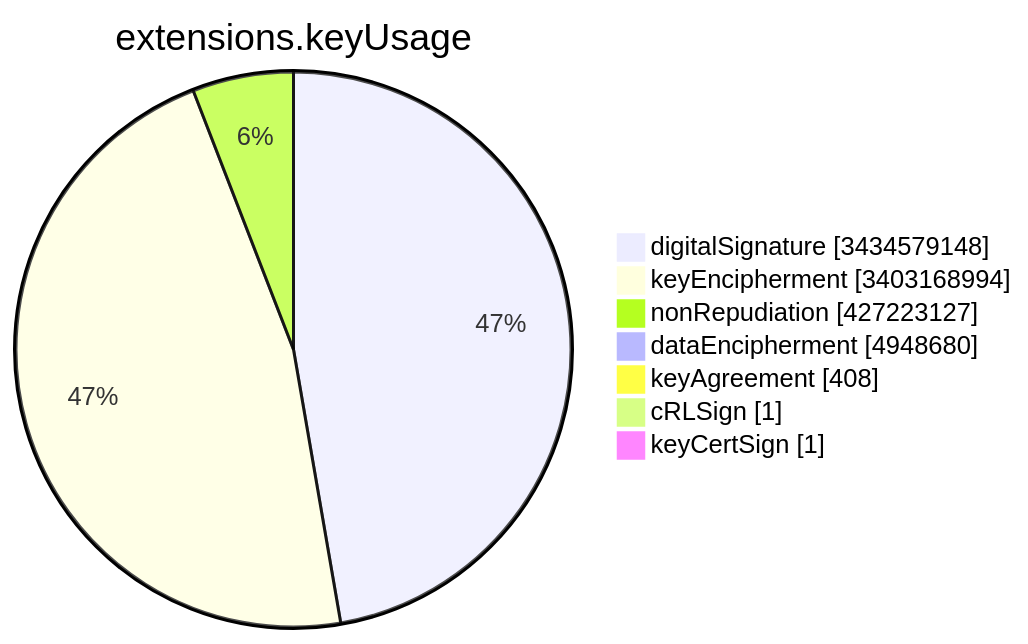
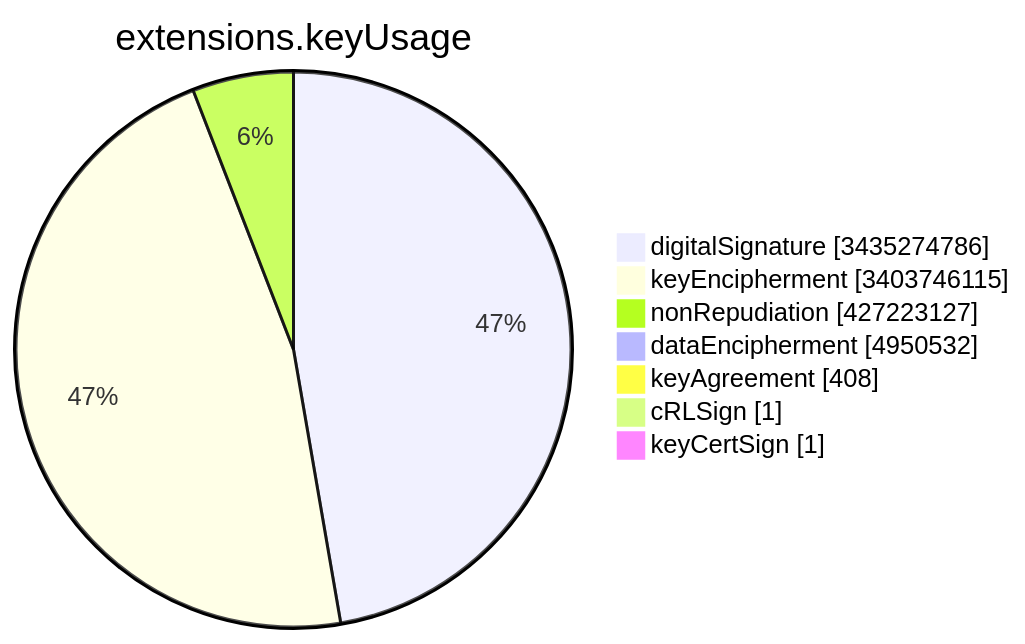
Before and after one commit to christiankrug/ctmonitor_visualization: the sixth of 15 diagrams in TOTAL/README.md, drawn with Mermaid. The commit also changed other lines of this file, not shown here.

````diff
--- a/TOTAL/README.md
+++ b/TOTAL/README.md
@@ -3081,11 +3081,11 @@
 ```mermaid
 pie showData
 title extensions.keyUsage
-"digitalSignature" :3434579148
-"keyEncipherment" :3403168994
+"digitalSignature" :3435274786
+"keyEncipherment" :3403746115
 "nonRepudiation" :427223127
-"dataEncipherment" :4948680
+"dataEncipherment" :4950532
 "keyAgreement" :408
 "cRLSign" :1
 "keyCertSign" :1
 ```
````
